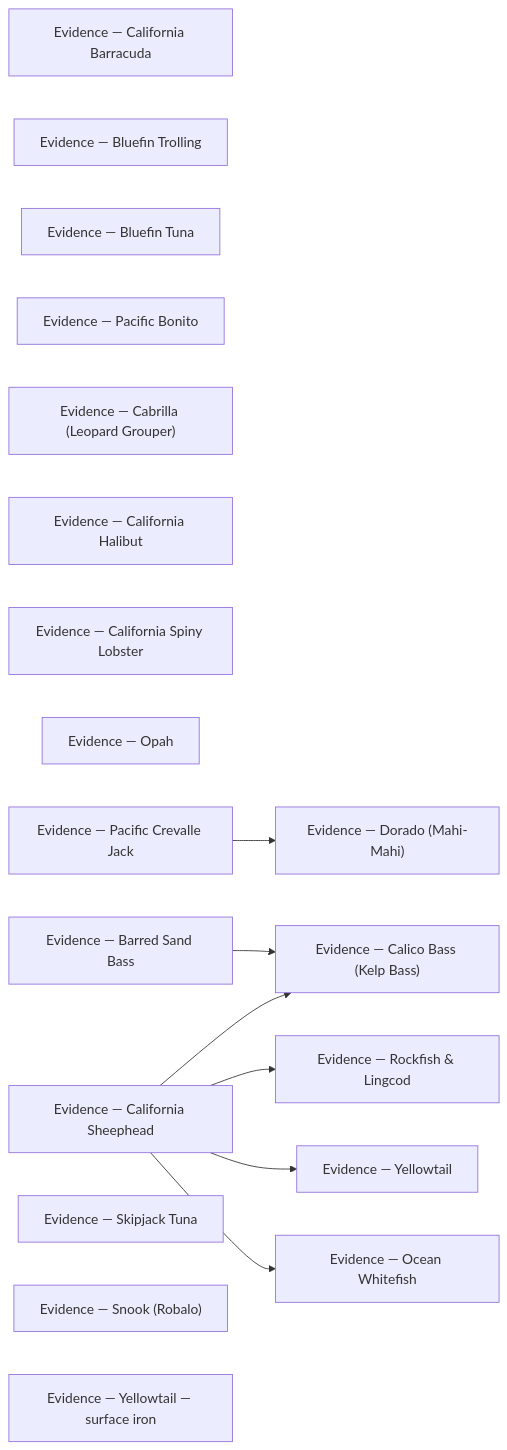
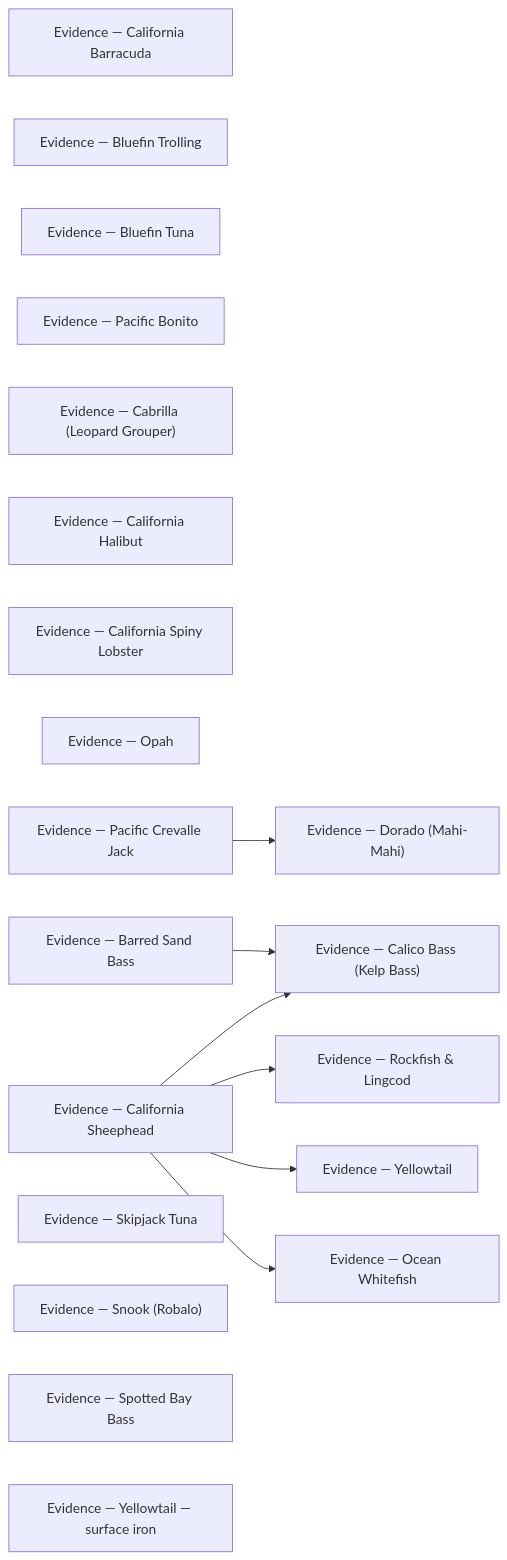
One commit to camchuckpete-max/Socal-Fishing-Knowledge changed the diagram in species/evidence/README.md. Above: the diagram before and after it, drawn with Mermaid. The commit also changed other lines of this file and 16 other files, not shown here.

Commit message:
review: species/spotted-bay-bass.md — transform

````diff
--- a/species/evidence/README.md
+++ b/species/evidence/README.md
@@ -32,28 +33,29 @@
 ```mermaid
 graph LR
   n0["Evidence — California Barracuda"]
   n1["Evidence — Bluefin Trolling"]
   n2["Evidence — Bluefin Tuna"]
   n3["Evidence — Pacific Bonito"]
   n4["Evidence — Cabrilla (Leopard Grouper)"]
   n5["Evidence — Calico Bass (Kelp Bass)"]
   n6["Evidence — California Halibut"]
   n7["Evidence — California Spiny Lobster"]
   n8["Evidence — Dorado (Mahi-Mahi)"]
   n9["Evidence — Ocean Whitefish"]
   n10["Evidence — Opah"]
   n11["Evidence — Pacific Crevalle Jack"]
   n12["Evidence — Rockfish & Lingcod"]
   n13["Evidence — Barred Sand Bass"]
   n14["Evidence — California Sheephead"]
   n15["Evidence — Skipjack Tuna"]
   n16["Evidence — Snook (Robalo)"]
-  n17["Evidence — Yellowtail — surface iron"]
-  n18["Evidence — Yellowtail"]
+  n17["Evidence — Spotted Bay Bass"]
+  n18["Evidence — Yellowtail — surface iron"]
+  n19["Evidence — Yellowtail"]
   n11 --> n8
   n13 --> n5
   n14 --> n12
-  n14 --> n18
+  n14 --> n19
   n14 --> n5
   n14 --> n9
 ```
````
